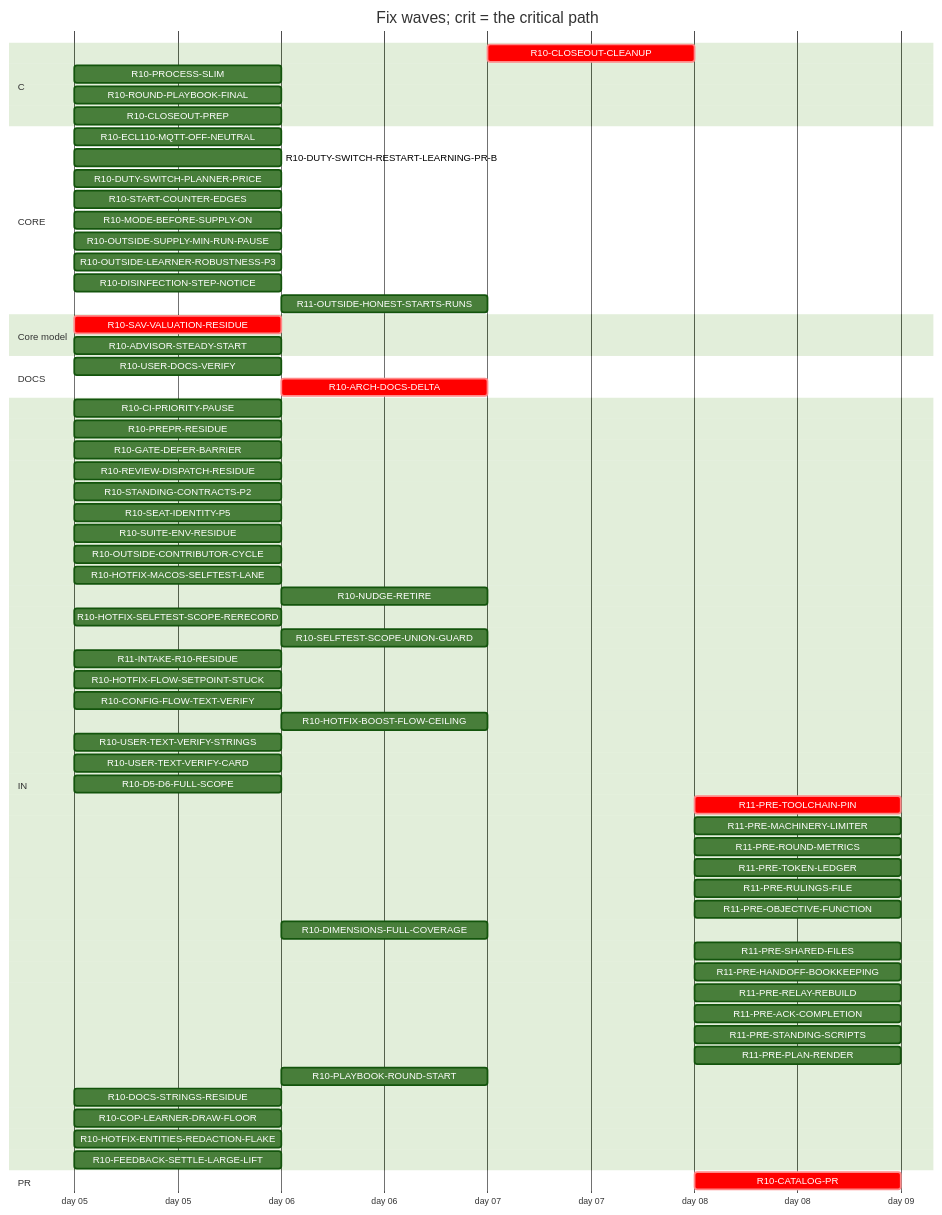
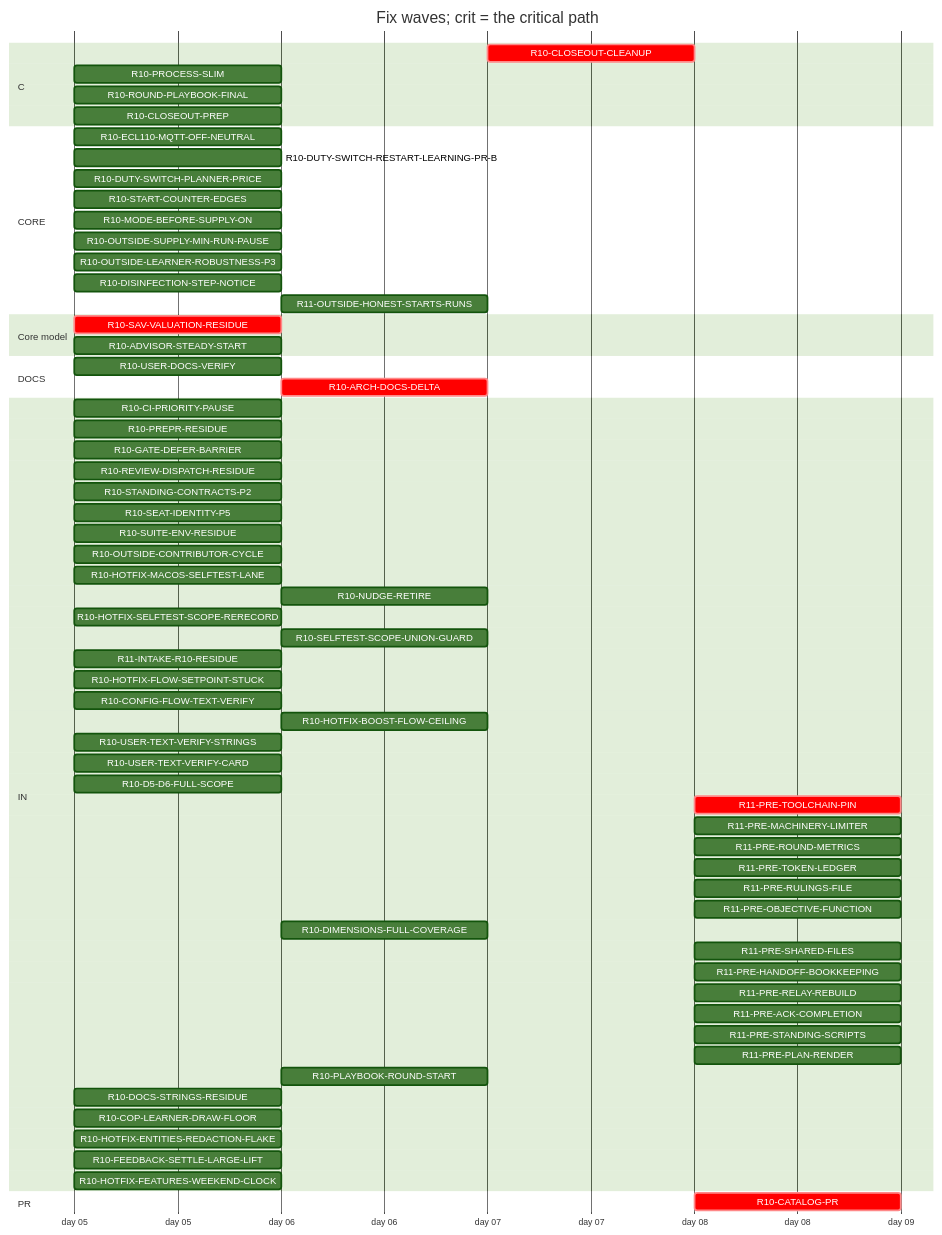
Before and after one commit to tvofi/heatpump_optimizer: the diagram in handoff/round10/state/PLAN-TABLE.md, drawn with Mermaid (forest theme). The commit also changed other lines of this file and 4 other files, not shown here.

Commit message:
state: FLOW-BOARD.md, NEXT-SESSION-PROMPT.md, PLAN-TABLE.md, PLAN.html, RESUME-CURRENT.md regenerated (state_docs.py)

````diff
--- a/handoff/round10/state/PLAN-TABLE.md
+++ b/handoff/round10/state/PLAN-TABLE.md
@@ -19,67 +19,68 @@
 ```mermaid
 gantt
   title Fix waves; crit = the critical path
   dateFormat YYYY-MM-DD
   axisFormat day %d
   section C
     R10-CLOSEOUT-CLEANUP :crit, r10CLOSEOUTCLEANUP, after r10USERDOCSVERIFY r10CLOSEOUTPREP r10ARCHDOCSDELTA, 1d
     R10-PROCESS-SLIM :r10PROCESSSLIM, 2026-01-05, 1d
     R10-ROUND-PLAYBOOK-FINAL :r10ROUNDPLAYBOOKFINAL, 2026-01-05, 1d
     R10-CLOSEOUT-PREP :r10CLOSEOUTPREP, 2026-01-05, 1d
   section CORE
     R10-ECL110-MQTT-OFF-NEUTRAL :r10ECL110MQTTOFFNEUTRAL, 2026-01-05, 1d
     R10-DUTY-SWITCH-RESTART-LEARNING-PR-B :r10DUTYSWITCHRESTARTLEARNINGPRB, 2026-01-05, 1d
     R10-DUTY-SWITCH-PLANNER-PRICE :r10DUTYSWITCHPLANNERPRICE, 2026-01-05, 1d
     R10-START-COUNTER-EDGES :r10STARTCOUNTEREDGES, 2026-01-05, 1d
     R10-MODE-BEFORE-SUPPLY-ON :r10MODEBEFORESUPPLYON, 2026-01-05, 1d
     R10-OUTSIDE-SUPPLY-MIN-RUN-PAUSE :r10OUTSIDESUPPLYMINRUNPAUSE, 2026-01-05, 1d
     R10-OUTSIDE-LEARNER-ROBUSTNESS-P3 :r10OUTSIDELEARNERROBUSTNESSP3, 2026-01-05, 1d
     R10-DISINFECTION-STEP-NOTICE :r10DISINFECTIONSTEPNOTICE, 2026-01-05, 1d
     R11-OUTSIDE-HONEST-STARTS-RUNS :r11OUTSIDEHONESTSTARTSRUNS, after r10DUTYSWITCHPLANNERPRICE r10OUTSIDESUPPLYMINRUNPAUSE r10ADVISORSTEADYSTART, 1d
   section Core model
     R10-SAV-VALUATION-RESIDUE :crit, r10SAVVALUATIONRESIDUE, 2026-01-05, 1d
     R10-ADVISOR-STEADY-START :r10ADVISORSTEADYSTART, 2026-01-05, 1d
   section DOCS
     R10-USER-DOCS-VERIFY :r10USERDOCSVERIFY, 2026-01-05, 1d
     R10-ARCH-DOCS-DELTA :crit, r10ARCHDOCSDELTA, after r10SAVVALUATIONRESIDUE r10ADVISORSTEADYSTART, 1d
   section IN
     R10-CI-PRIORITY-PAUSE :r10CIPRIORITYPAUSE, 2026-01-05, 1d
     R10-PREPR-RESIDUE :r10PREPRRESIDUE, 2026-01-05, 1d
     R10-GATE-DEFER-BARRIER :r10GATEDEFERBARRIER, 2026-01-05, 1d
     R10-REVIEW-DISPATCH-RESIDUE :r10REVIEWDISPATCHRESIDUE, 2026-01-05, 1d
     R10-STANDING-CONTRACTS-P2 :r10STANDINGCONTRACTSP2, 2026-01-05, 1d
     R10-SEAT-IDENTITY-P5 :r10SEATIDENTITYP5, 2026-01-05, 1d
     R10-SUITE-ENV-RESIDUE :r10SUITEENVRESIDUE, 2026-01-05, 1d
     R10-OUTSIDE-CONTRIBUTOR-CYCLE :r10OUTSIDECONTRIBUTORCYCLE, 2026-01-05, 1d
     R10-HOTFIX-MACOS-SELFTEST-LANE :r10HOTFIXMACOSSELFTESTLANE, 2026-01-05, 1d
     R10-NUDGE-RETIRE :r10NUDGERETIRE, after r10ROUNDPLAYBOOKFINAL, 1d
     R10-HOTFIX-SELFTEST-SCOPE-RERECORD :r10HOTFIXSELFTESTSCOPERERECORD, 2026-01-05, 1d
     R10-SELFTEST-SCOPE-UNION-GUARD :r10SELFTESTSCOPEUNIONGUARD, after r10HOTFIXSELFTESTSCOPERERECORD, 1d
     R11-INTAKE-R10-RESIDUE :r11INTAKER10RESIDUE, 2026-01-05, 1d
     R10-HOTFIX-FLOW-SETPOINT-STUCK :r10HOTFIXFLOWSETPOINTSTUCK, 2026-01-05, 1d
     R10-CONFIG-FLOW-TEXT-VERIFY :r10CONFIGFLOWTEXTVERIFY, 2026-01-05, 1d
     R10-HOTFIX-BOOST-FLOW-CEILING :r10HOTFIXBOOSTFLOWCEILING, after r10HOTFIXFLOWSETPOINTSTUCK, 1d
     R10-USER-TEXT-VERIFY-STRINGS :r10USERTEXTVERIFYSTRINGS, 2026-01-05, 1d
     R10-USER-TEXT-VERIFY-CARD :r10USERTEXTVERIFYCARD, 2026-01-05, 1d
     R10-D5-D6-FULL-SCOPE :r10D5D6FULLSCOPE, 2026-01-05, 1d
     R11-PRE-TOOLCHAIN-PIN :crit, r11PRETOOLCHAINPIN, after r10CATALOGPR, 1d
     R11-PRE-MACHINERY-LIMITER :r11PREMACHINERYLIMITER, after r10CATALOGPR, 1d
     R11-PRE-ROUND-METRICS :r11PREROUNDMETRICS, after r10CATALOGPR, 1d
     R11-PRE-TOKEN-LEDGER :r11PRETOKENLEDGER, after r10CATALOGPR, 1d
     R11-PRE-RULINGS-FILE :r11PRERULINGSFILE, after r10CATALOGPR, 1d
     R11-PRE-OBJECTIVE-FUNCTION :r11PREOBJECTIVEFUNCTION, after r10CATALOGPR, 1d
     R10-DIMENSIONS-FULL-COVERAGE :r10DIMENSIONSFULLCOVERAGE, after r10D5D6FULLSCOPE, 1d
     R11-PRE-SHARED-FILES :r11PRESHAREDFILES, after r10CATALOGPR, 1d
     R11-PRE-HANDOFF-BOOKKEEPING :r11PREHANDOFFBOOKKEEPING, after r10CATALOGPR, 1d
     R11-PRE-RELAY-REBUILD :r11PRERELAYREBUILD, after r10CATALOGPR, 1d
     R11-PRE-ACK-COMPLETION :r11PREACKCOMPLETION, after r10CATALOGPR, 1d
     R11-PRE-STANDING-SCRIPTS :r11PRESTANDINGSCRIPTS, after r10CATALOGPR, 1d
     R11-PRE-PLAN-RENDER :r11PREPLANRENDER, after r10CATALOGPR, 1d
     R10-PLAYBOOK-ROUND-START :r10PLAYBOOKROUNDSTART, after r10ROUNDPLAYBOOKFINAL, 1d
     R10-DOCS-STRINGS-RESIDUE :r10DOCSSTRINGSRESIDUE, 2026-01-05, 1d
     R10-COP-LEARNER-DRAW-FLOOR :r10COPLEARNERDRAWFLOOR, 2026-01-05, 1d
     R10-HOTFIX-ENTITIES-REDACTION-FLAKE :r10HOTFIXENTITIESREDACTIONFLAKE, 2026-01-05, 1d
     R10-FEEDBACK-SETTLE-LARGE-LIFT :r10FEEDBACKSETTLELARGELIFT, 2026-01-05, 1d
+    R10-HOTFIX-FEATURES-WEEKEND-CLOCK :r10HOTFIXFEATURESWEEKENDCLOCK, 2026-01-05, 1d
   section PR
     R10-CATALOG-PR :crit, r10CATALOGPR, after r10USERDOCSVERIFY r10CLOSEOUTCLEANUP r10CLOSEOUTPREP r10ARCHDOCSDELTA, 1d
 ```
````
